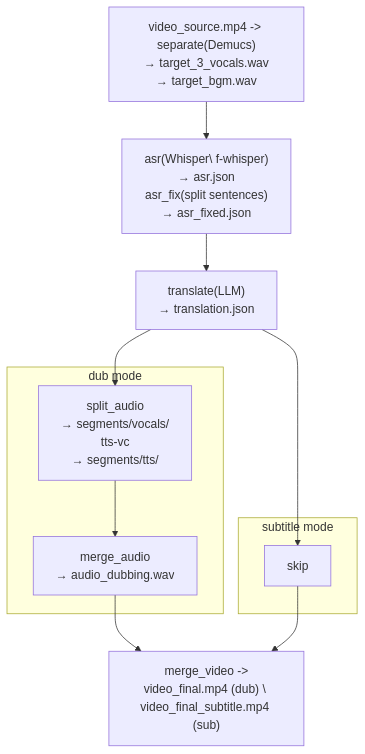
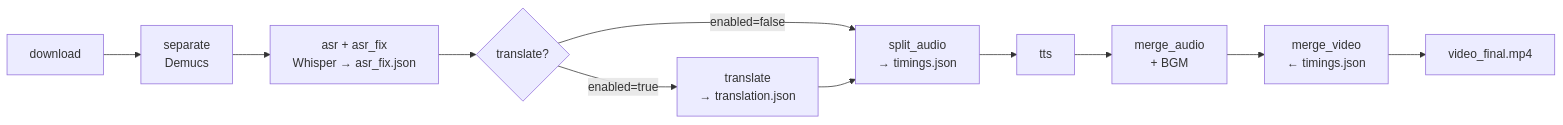
Before and after one commit to lxm520hack/LocalDub: the first of 2 diagrams in packages/cli/architecture.md, drawn with Mermaid. The commit also changed other lines of this file and 50 other files, not shown here.

````diff
--- a/packages/cli/architecture.md
+++ b/packages/cli/architecture.md
@@ -28,22 +50,13 @@
 ```mermaid
-flowchart TD
-
-  sep["video_source.mp4 -> separate(Demucs)<br>→ target_3_vocals.wav<br>→ target_bgm.wav"]
-  asr["asr(Whisper\ f-whisper)<br>→ asr.json <br> asr_fix(split sentences)<br>→ asr_fixed.json"]
-  tl["translate(LLM)<br>→ translation.json"]
-
-  subgraph dub["dub mode"]
-    tts["split_audio<br>→ segments/vocals/ <br>tts-vc<br>→ segments/tts/"]
-    ma["merge_audio<br>→ audio_dubbing.wav"]
-  end
-
-  subgraph sub["subtitle mode"]
-    sub_skip["skip"]
-  end
-
-  mv["merge_video -><br>video_final.mp4 (dub) \ video_final_subtitle.mp4 (sub)"]
-
-  sep --> asr  --> tl
-  tl --> tts --> ma --> mv
-  tl --> sub_skip --> mv
+flowchart LR
+  dl["download"] -->  sep["separate<br>Demucs"]
+  sep --> asr["asr + asr_fix<br>Whisper → asr_fix.json"]
+  asr --> cond{translate?}
+  cond -->|enabled=true| tl["translate<br>→ translation.json"]
+  cond -->|enabled=false| sa
+  tl --> sa["split_audio<br>→ timings.json"]
+  sa --> tts["tts"]
+  tts --> ma["merge_audio<br>+ BGM"]
+  ma --> mv["merge_video<br>← timings.json"]
+  mv --> out["video_final.mp4"]
 ```
````
